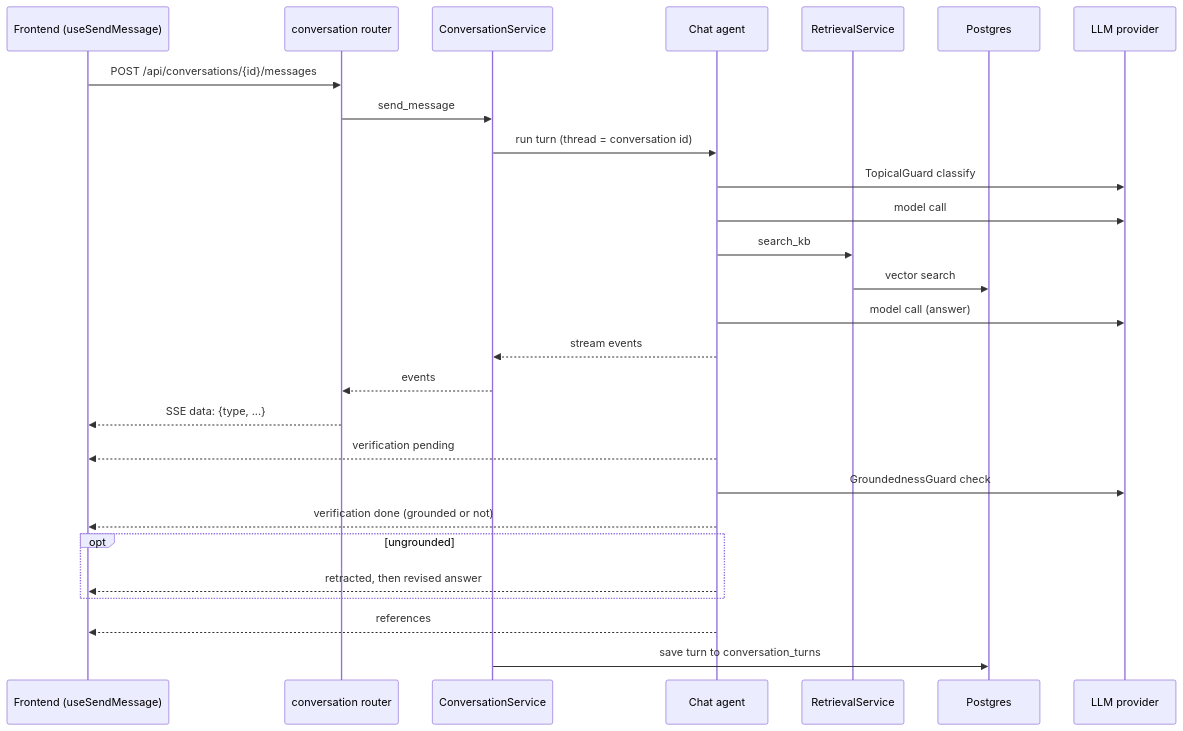
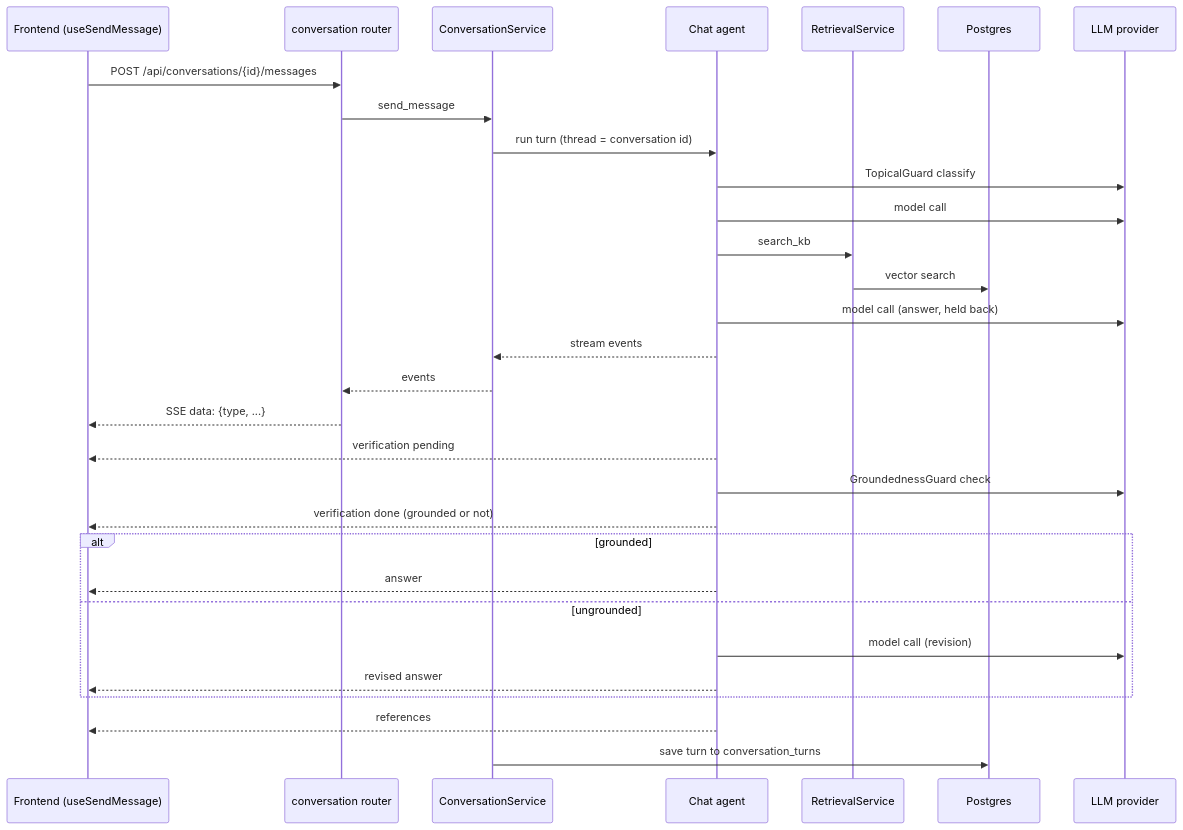
One commit to hadifar/rag changed the diagram in docs/diagrams/chat-turn.md. Above: the diagram before and after it, drawn with Mermaid. The commit also changed 19 other files, not shown here.

Commit message:
feat(agent): hold a checked answer back until its verdict instead of retracting it

````diff
--- a/docs/diagrams/chat-turn.md
+++ b/docs/diagrams/chat-turn.md
@@ -3,30 +3,33 @@
 ```mermaid
 sequenceDiagram
     participant UI as Frontend (useSendMessage)
     participant R as conversation router
     participant CS as ConversationService
     participant A as Chat agent
     participant KB as RetrievalService
     participant DB as Postgres
     participant LLM as LLM provider
 
     UI->>R: POST /api/conversations/{id}/messages
     R->>CS: send_message
     CS->>A: run turn (thread = conversation id)
     A->>LLM: TopicalGuard classify
     A->>LLM: model call
     A->>KB: search_kb
     KB->>DB: vector search
-    A->>LLM: model call (answer)
+    A->>LLM: model call (answer, held back)
     A-->>CS: stream events
     CS-->>R: events
     R-->>UI: SSE data: {type, ...}
     A-->>UI: verification pending
     A->>LLM: GroundednessGuard check
     A-->>UI: verification done (grounded or not)
-    opt ungrounded
-        A-->>UI: retracted, then revised answer
+    alt grounded
+        A-->>UI: answer
+    else ungrounded
+        A->>LLM: model call (revision)
+        A-->>UI: revised answer
     end
     A-->>UI: references
     CS->>DB: save turn to conversation_turns
 ```
````
